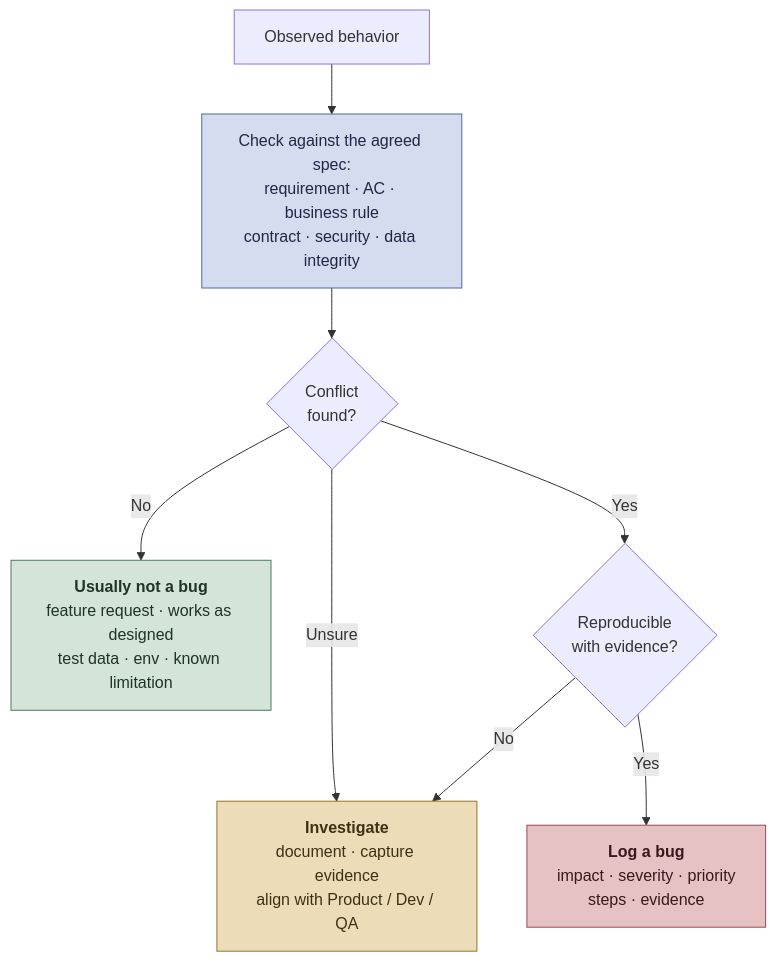
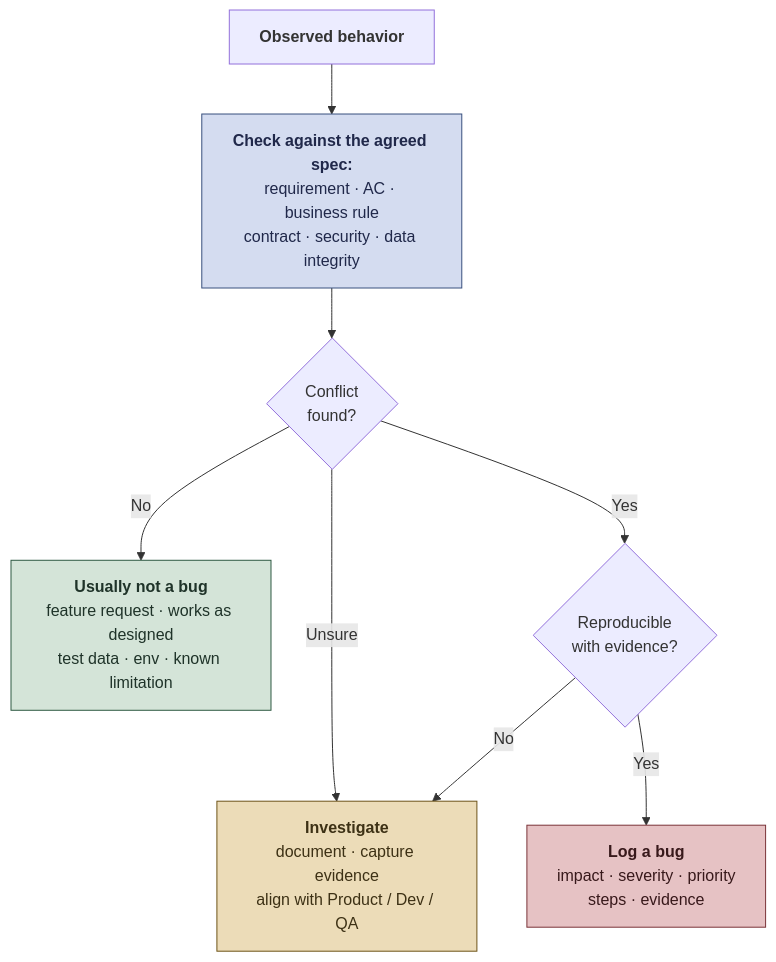
The second of 2 diagrams in 02-during-development.md (paulamarcondes/QA_Playbook), drawn with Mermaid before and after one commit. The commit also changed other lines of this file and 11 other files, not shown here.

First line of the commit message:
Polish playbook: QA 5.0, AI usage guide, diagrams, examples, consistency

````diff
--- a/02-during-development.md
+++ b/02-during-development.md
@@ -210,14 +212,14 @@
 ```mermaid
 flowchart TD
-    O["Observed behavior"] --> C["Check against the agreed spec:<br/>requirement · AC · business rule<br/>contract · security · data integrity"]:::check
+    O["<b>Observed behavior</b>"] --> C["<b>Check against the agreed spec:</b><br/>requirement · AC · business rule<br/>contract · security · data integrity"]:::check
     C --> Q1{"Conflict<br/>found?"}
     Q1 -->|No| N["<b>Usually not a bug</b><br/>feature request · works as designed<br/>test data · env · known limitation"]:::no
     Q1 -->|Unsure| U["<b>Investigate</b><br/>document · capture evidence<br/>align with Product / Dev / QA"]:::wait
     Q1 -->|Yes| Q2{"Reproducible<br/>with evidence?"}
     Q2 -->|No| U
     Q2 -->|Yes| B["<b>Log a bug</b><br/>impact · severity · priority<br/>steps · evidence"]:::bug
-    classDef check fill:#d4dcf0,stroke:#51689c,color:#20284a;
-    classDef bug  fill:#e6c2c4,stroke:#9c4a4f,color:#38191b;
-    classDef no   fill:#d4e4d8,stroke:#4f7a63,color:#1f3329;
-    classDef wait fill:#ecdcb8,stroke:#997327,color:#3d3115;
+    classDef check fill:#d4dcf0,stroke:#38507e,color:#20284a;
+    classDef bug  fill:#e6c2c4,stroke:#7a3338,color:#38191b;
+    classDef no   fill:#d4e4d8,stroke:#2f5a43,color:#1f3329;
+    classDef wait fill:#ecdcb8,stroke:#6e5418,color:#3d3115;
 ```
````
